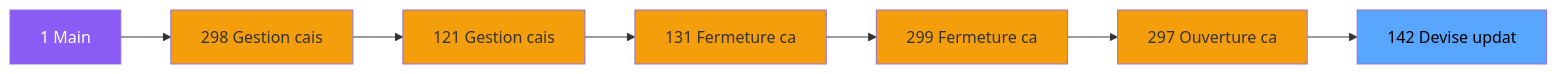
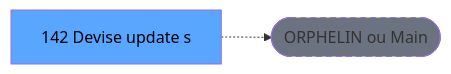
Before and after one commit to thonyAGP/lecteur-magic: the second of 3 diagrams in .openspec/renders/ADH-IDE-142.md, drawn with Mermaid. The commit also changed other lines of this file and 701 other files, not shown here.

````diff
--- a/.openspec/renders/ADH-IDE-142.md
+++ b/.openspec/renders/ADH-IDE-142.md
@@ -113,23 +117,8 @@
 ```mermaid
 graph LR
-    M[1 Main]
-    N298[298 Gestion cais]
-    N121[121 Gestion cais]
-    N131[131 Fermeture ca]
-    N299[299 Fermeture ca]
-    N297[297 Ouverture ca]
-    T[142 Devise updat]
-    M --> N298
-    N298 --> N121
-    N121 --> N131
-    N131 --> N299
-    N299 --> N297
-    N297 --> T
-    style M fill:#8b5cf6,color:#fff
-    style N298 fill:#f59e0b
-    style N121 fill:#f59e0b
-    style N131 fill:#f59e0b
-    style N299 fill:#f59e0b
-    style N297 fill:#f59e0b
+    T[142 Devise update s]
+    ORPHAN([ORPHELIN ou Main])
+    T -.-> ORPHAN
     style T fill:#58a6ff,color:#000
+    style ORPHAN fill:#6b7280,stroke-dasharray: 5 5
 ```
````
